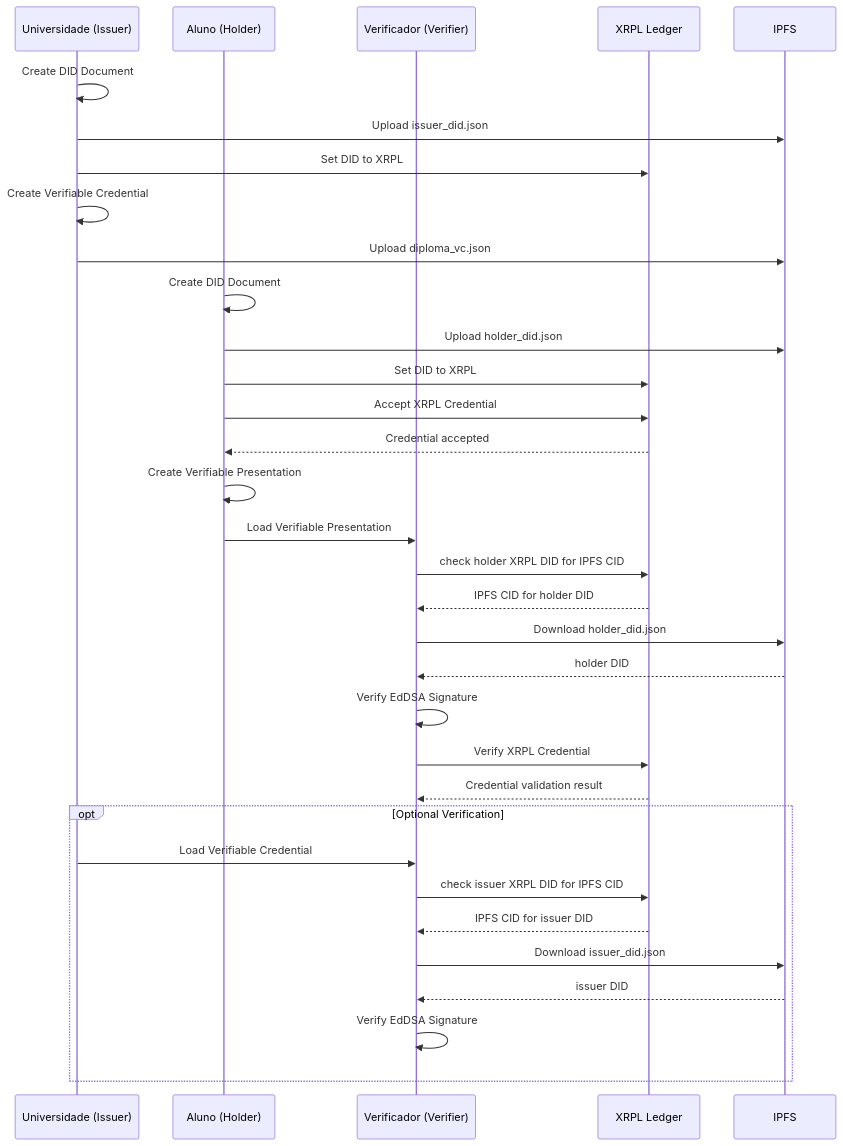
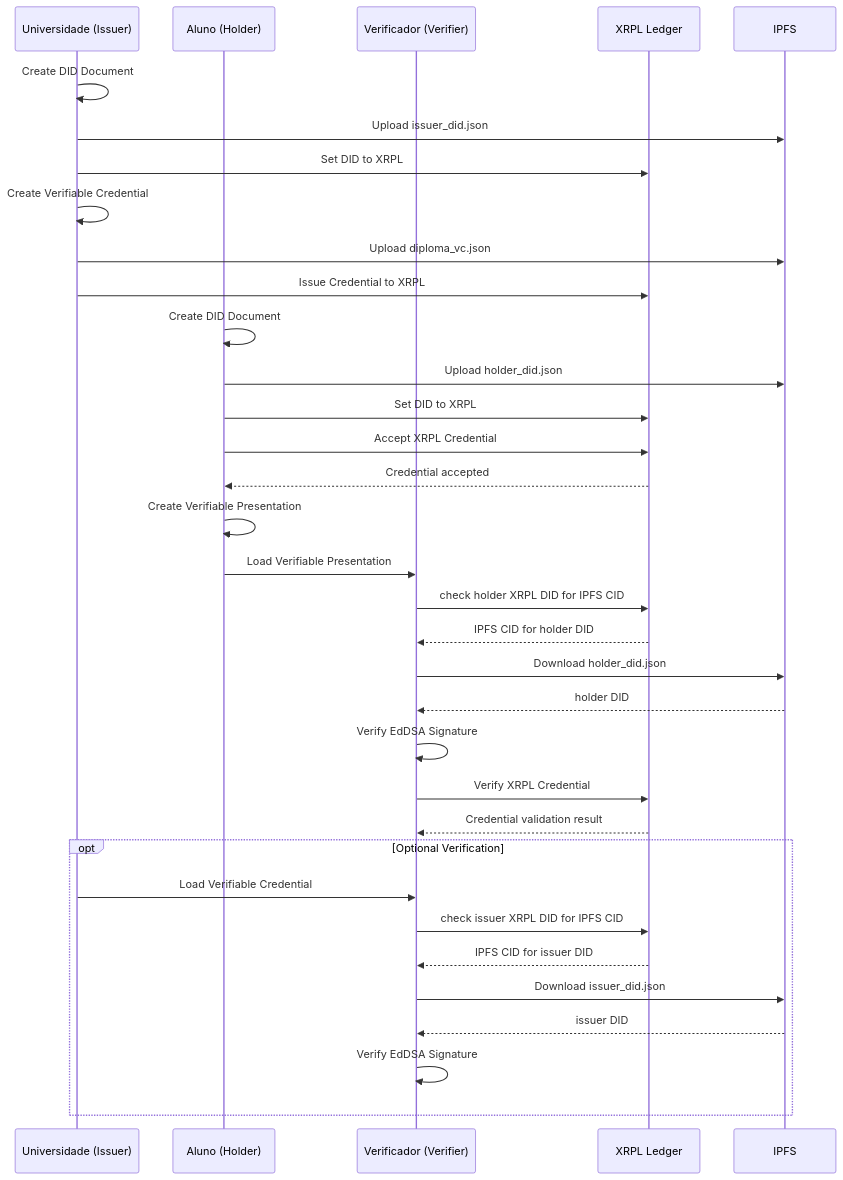
One commit to mauriciopillon/didproject changed the second of 2 diagrams in xrpl-ipfs/readme.md. Above: the diagram before and after it, drawn with Mermaid. The commit also changed other lines of this file and 13 other files, not shown here.

````diff
--- a/xrpl-ipfs/readme.md
+++ b/xrpl-ipfs/readme.md
@@ -100,47 +107,48 @@
 ```mermaid
 sequenceDiagram
   participant Issuer as Universidade (Issuer)
   participant Holder as Aluno (Holder)
   participant Verifier as Verificador (Verifier)
   participant XRPL as XRPL Ledger
   participant IPFS as IPFS
 
   Issuer->>Issuer: Create DID Document
   Issuer->>IPFS: Upload issuer_did.json
   Issuer->>XRPL: Set DID to XRPL
 
   Issuer->>Issuer: Create Verifiable Credential
   Issuer->>IPFS: Upload diploma_vc.json
+  Issuer->>XRPL: Issue Credential to XRPL
 
   Holder->>Holder: Create DID Document
   Holder->>IPFS: Upload holder_did.json
   Holder->>XRPL: Set DID to XRPL
 
   Holder->>XRPL: Accept XRPL Credential
   XRPL-->>Holder: Credential accepted
 
   Holder->>Holder: Create Verifiable Presentation
   Holder->>Verifier: Load Verifiable Presentation
 
   Verifier->>XRPL: check holder XRPL DID for IPFS CID
   XRPL-->>Verifier: IPFS CID for holder DID 
   Verifier->>IPFS: Download holder_did.json
   IPFS-->>Verifier: holder DID
 
   Verifier->>Verifier: Verify EdDSA Signature
 
   Verifier->>XRPL: Verify XRPL Credential
   XRPL-->>Verifier: Credential validation result
 
   opt Optional Verification
       Issuer->>Verifier: Load Verifiable Credential
       Verifier->>XRPL: check issuer XRPL DID for IPFS CID
       XRPL-->>Verifier: IPFS CID for issuer DID
       Verifier->>IPFS: Download issuer_did.json
       IPFS-->>Verifier: issuer DID
       Verifier->>Verifier: Verify EdDSA Signature
 
   end
 
 
 ```
````
